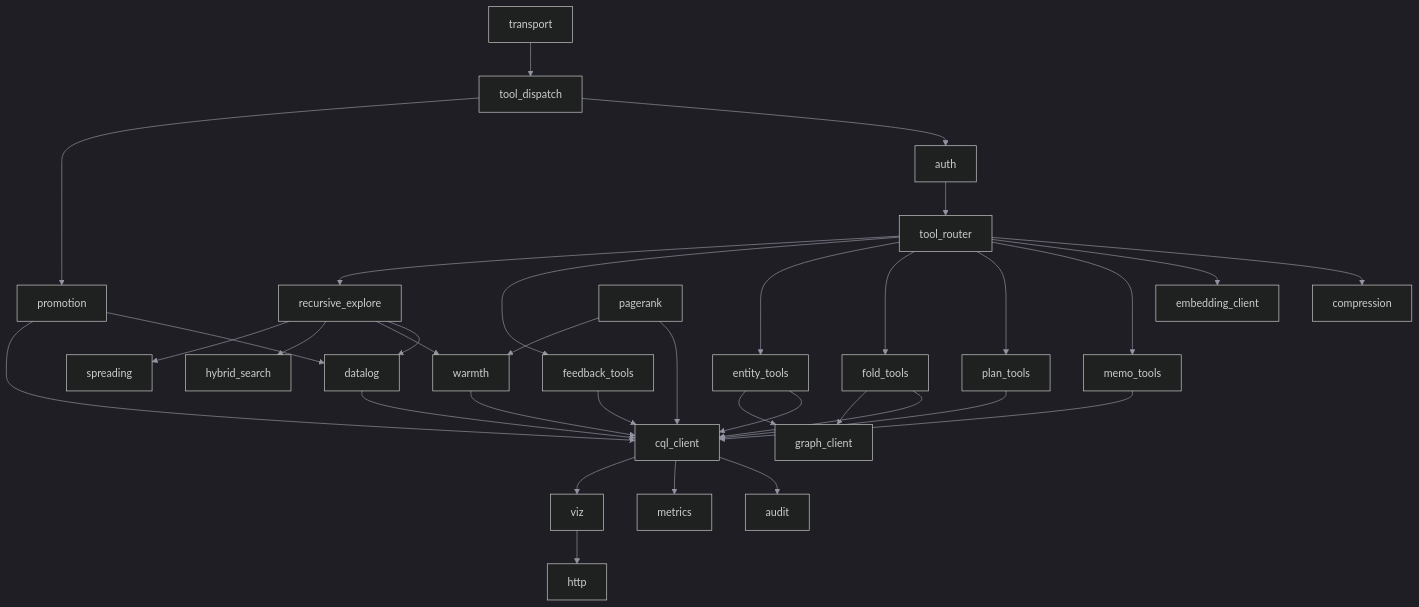
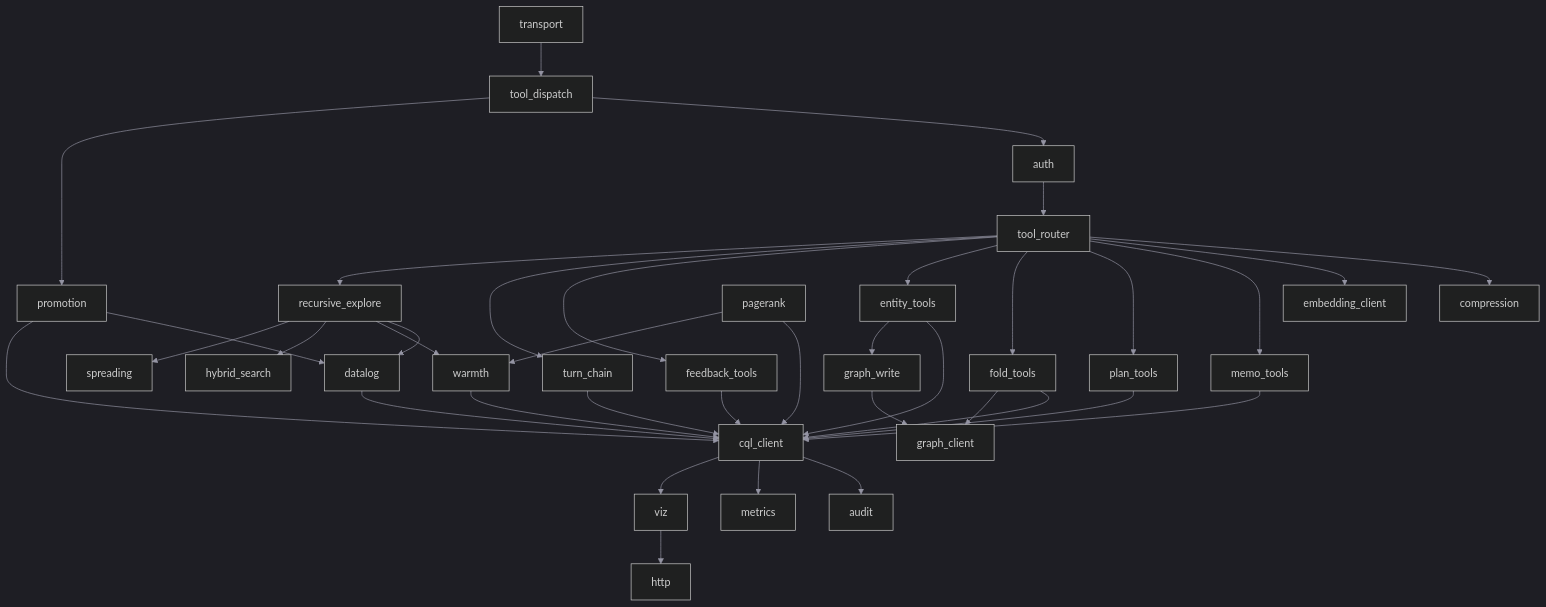
One commit to ferrosadb/ferrosa-memory changed the diagram in specs/components.md. Above: the diagram before and after it, drawn with Mermaid. The commit also changed other lines of this file and 12 other files, not shown here.

Commit message:
docs: update graph boundary architecture

````diff
--- a/specs/components.md
+++ b/specs/components.md
@@ -8,37 +8,40 @@
 ```mermaid
 %%{init: {'theme':'dark','themeVariables':{'primaryColor':'#16161f','primaryTextColor':'#e8e8ed','primaryBorderColor':'#e2725b','lineColor':'#9494a3','secondaryColor':'#1c1c28','tertiaryColor':'#111118','clusterBkg':'#111118','clusterBorder':'#1e1e2a','edgeLabelBackground':'#111118','nodeTextColor':'#e8e8ed'}}}%%
 graph TB
     A[transport] --> B[tool_dispatch]
     B --> C[auth]
     C --> D[tool_router]
     D --> E[compression]
     D --> F[embedding_client]
     D --> G[memo_tools]
     D --> H[plan_tools]
     D --> I[fold_tools]
     D --> J[entity_tools]
     D --> K[feedback_tools]
+    D --> TC[turn_chain]
     D --> RE[recursive_explore]
     G --> L[cql_client]
     H --> L
     I --> L
     I --> M[graph_client]
     J --> L
-    J --> M
+    J --> GW[graph_write]
+    GW --> M
     K --> L
+    TC --> L
     RE --> DL[datalog]
     RE --> W[warmth]
     RE --> HS[hybrid_search]
     RE --> SP[spreading]
     DL --> L
     W --> L
     PR[pagerank] --> L
     PR --> W
     B --> PROM[promotion]
     PROM --> DL
     PROM --> L
     L --> N[audit]
     L --> O[metrics]
     L --> P[viz]
     P --> Q[http]
 ```
````
